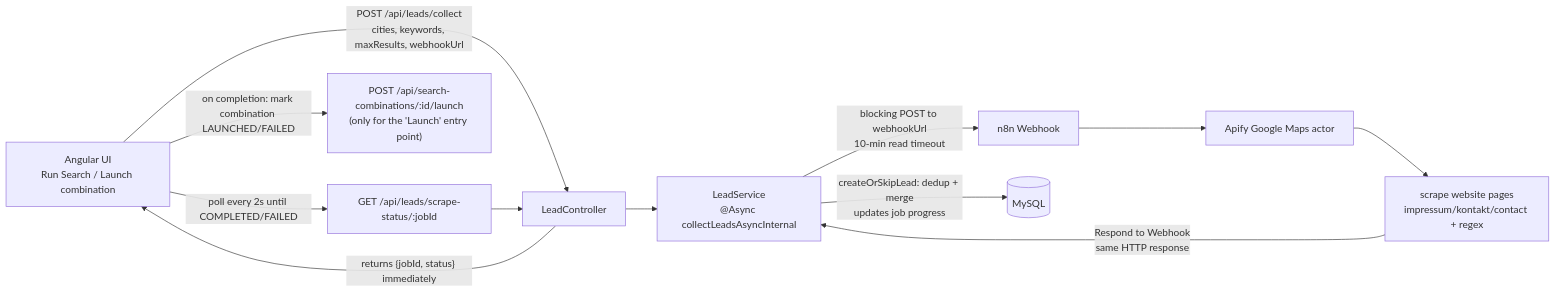
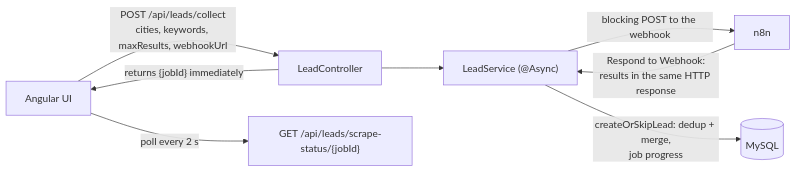
Before and after one commit to Majdabbassi/ReachFlow: the second of 2 diagrams in README.md, drawn with Mermaid. The commit also changed other lines of this file, not shown here.

First line of the commit message:
README: architecture and decisions before the setup guide

````diff
--- a/README.md
+++ b/README.md
@@ -76,14 +69,10 @@
 ```mermaid
 flowchart LR
-    U["Angular UI\nRun Search / Launch combination"] -->|"POST /api/leads/collect\ncities, keywords, maxResults, webhookUrl"| LC[LeadController]
-    LC -->|"returns {jobId, status} immediately"| U
-    LC --> LS["LeadService\n@Async collectLeadsAsyncInternal"]
-    LS -->|"blocking POST to webhookUrl\n10-min read timeout"| N8N[n8n Webhook]
-    N8N --> AP[Apify Google Maps actor]
-    AP --> SC["scrape website pages\nimpressum/kontakt/contact + regex"]
-    SC -->|"Respond to Webhook\nsame HTTP response"| LS
-    LS -->|"createOrSkipLead: dedup + merge\nupdates job progress"| DB[(MySQL)]
-    U -->|"poll every 2s until COMPLETED/FAILED"| SP["GET /api/leads/scrape-status/:jobId"]
-    SP --> LC
-    U -->|"on completion: mark combination LAUNCHED/FAILED"| SCC["POST /api/search-combinations/:id/launch\n(only for the 'Launch' entry point)"]
+    U["Angular UI"] -->|"POST /api/leads/collect<br/>cities, keywords, maxResults, webhookUrl"| LC[LeadController]
+    LC -->|"returns {jobId} immediately"| U
+    LC --> LS["LeadService (@Async)"]
+    LS -->|"blocking POST to the webhook"| N8N[n8n]
+    N8N -->|"Respond to Webhook:<br/>results in the same HTTP response"| LS
+    LS -->|"createOrSkipLead: dedup + merge,<br/>job progress"| DB[(MySQL)]
+    U -->|"poll every 2 s"| SP["GET /api/leads/scrape-status/{jobId}"]
 ```
````
